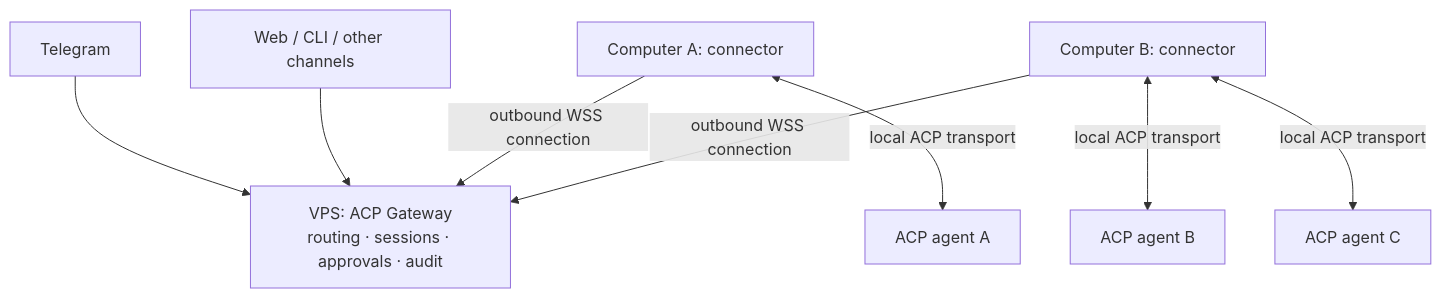
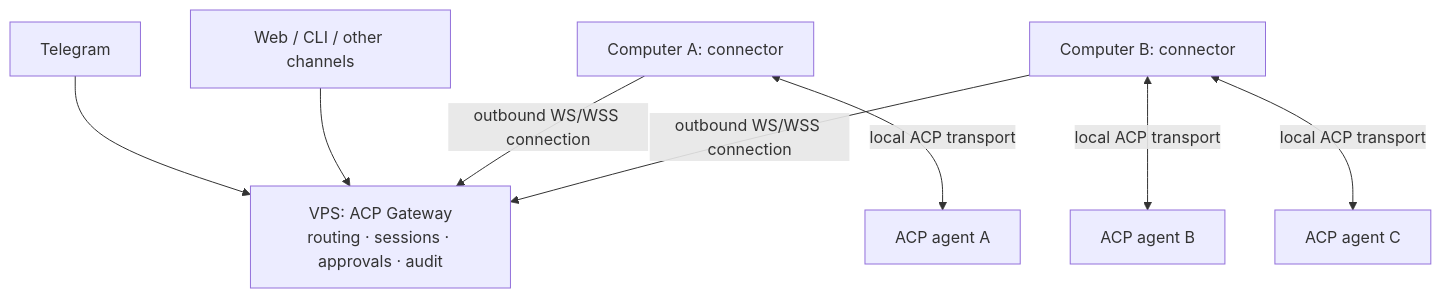
Before and after one commit to Lujker/acp-gateway: the diagram in docs/architecture.md, drawn with Mermaid. The commit also changed other lines of this file and 11 other files, not shown here.

````diff
--- a/docs/architecture.md
+++ b/docs/architecture.md
@@ -106,11 +106,11 @@
 ```mermaid
 flowchart TB
     telegram["Telegram"] --> gateway
     channels["Web / CLI / other channels"] --> gateway
     gateway["VPS: ACP Gateway<br/>routing · sessions · approvals · audit"]
-    connector1["Computer A: connector"] -->|"outbound WSS connection"| gateway
-    connector2["Computer B: connector"] -->|"outbound WSS connection"| gateway
+    connector1["Computer A: connector"] -->|"outbound WS/WSS connection"| gateway
+    connector2["Computer B: connector"] -->|"outbound WS/WSS connection"| gateway
     connector1 <-->|"local ACP transport"| agent1["ACP agent A"]
     connector2 <-->|"local ACP transport"| agent2["ACP agent B"]
     connector2 <-->|"local ACP transport"| agent3["ACP agent C"]
 ```
````
